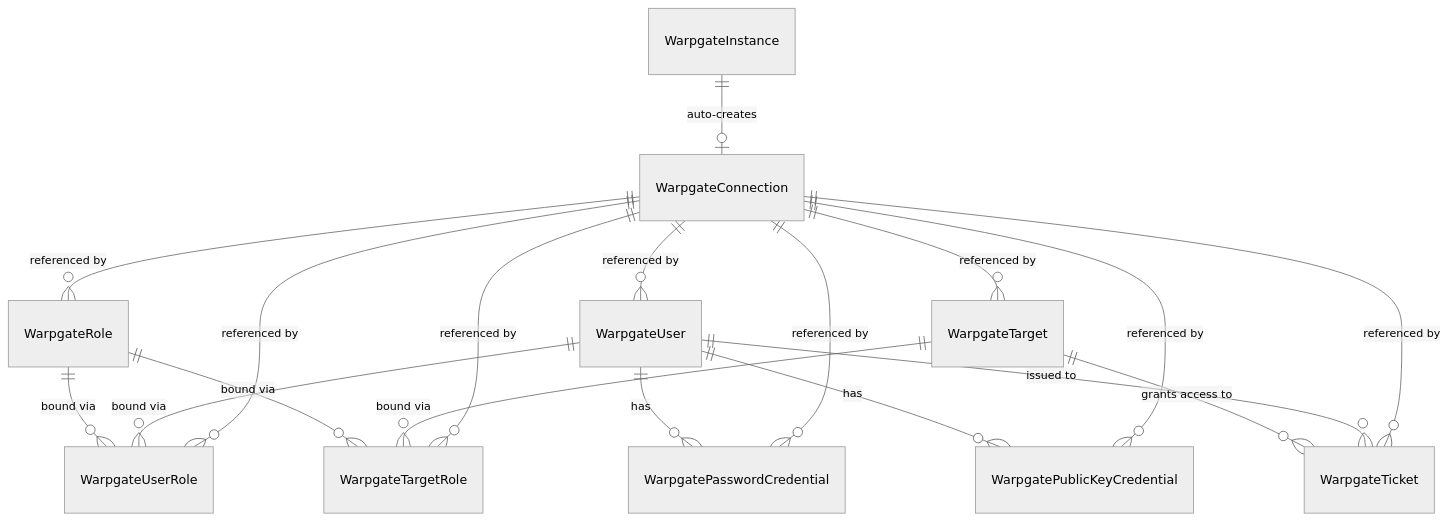
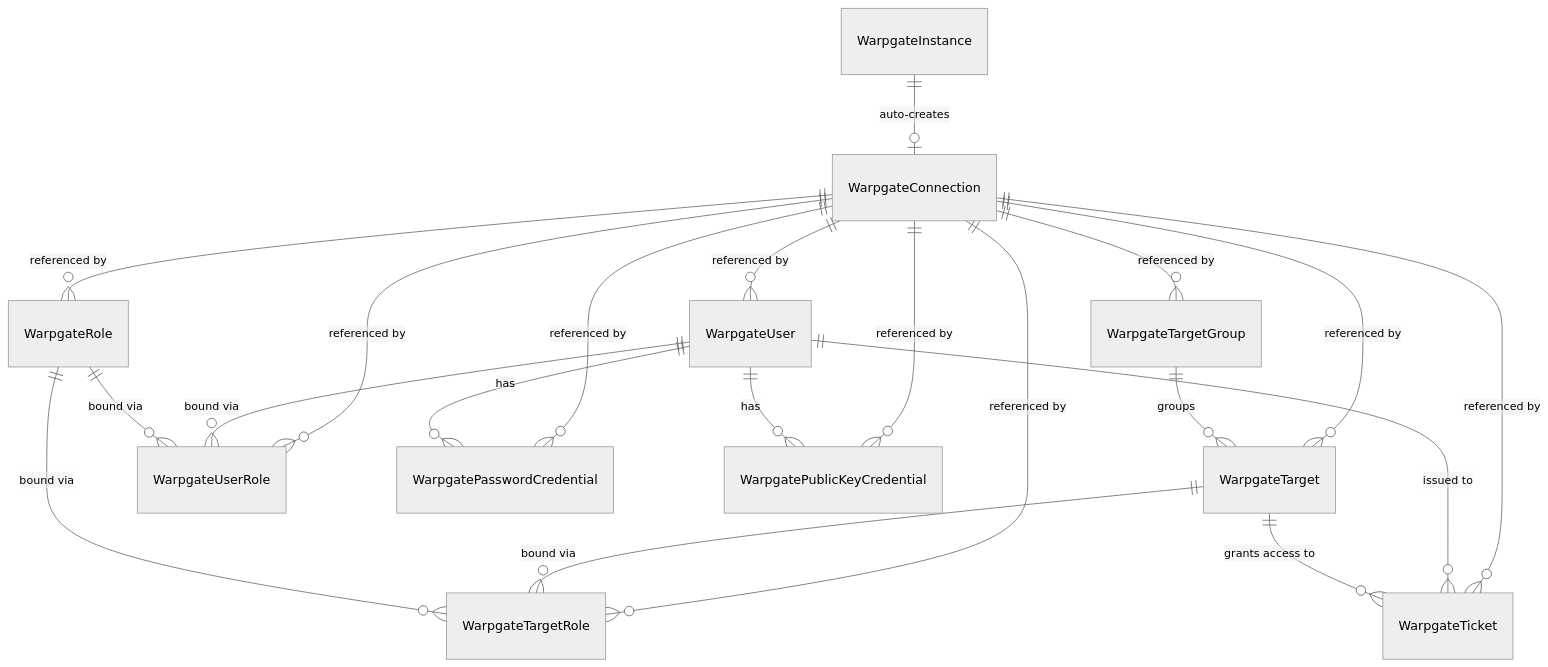
One commit to thereisnotime/warpgate-operator changed the second of 2 diagrams in README.md. Above: the diagram before and after it, drawn with Mermaid (neutral theme). The commit also changed other lines of this file and 24 other files, not shown here.

First line of the commit message:
feat: add CRD TargetGroup (#82)

````diff
--- a/README.md
+++ b/README.md
@@ -147,24 +148,26 @@
 ```mermaid
 erDiagram
     WarpgateInstance ||--o| WarpgateConnection : "auto-creates"
     WarpgateConnection ||--o{ WarpgateRole : "referenced by"
     WarpgateConnection ||--o{ WarpgateUser : "referenced by"
     WarpgateConnection ||--o{ WarpgateTarget : "referenced by"
+    WarpgateConnection ||--o{ WarpgateTargetGroup : "referenced by"
     WarpgateConnection ||--o{ WarpgateUserRole : "referenced by"
     WarpgateConnection ||--o{ WarpgateTargetRole : "referenced by"
     WarpgateConnection ||--o{ WarpgatePasswordCredential : "referenced by"
     WarpgateConnection ||--o{ WarpgatePublicKeyCredential : "referenced by"
     WarpgateConnection ||--o{ WarpgateTicket : "referenced by"
 
     WarpgateUser ||--o{ WarpgateUserRole : "bound via"
     WarpgateRole ||--o{ WarpgateUserRole : "bound via"
 
     WarpgateTarget ||--o{ WarpgateTargetRole : "bound via"
     WarpgateRole ||--o{ WarpgateTargetRole : "bound via"
+    WarpgateTargetGroup ||--o{ WarpgateTarget : "groups"
 
     WarpgateUser ||--o{ WarpgatePasswordCredential : "has"
     WarpgateUser ||--o{ WarpgatePublicKeyCredential : "has"
 
     WarpgateUser ||--o{ WarpgateTicket : "issued to"
     WarpgateTarget ||--o{ WarpgateTicket : "grants access to"
 ```
````
